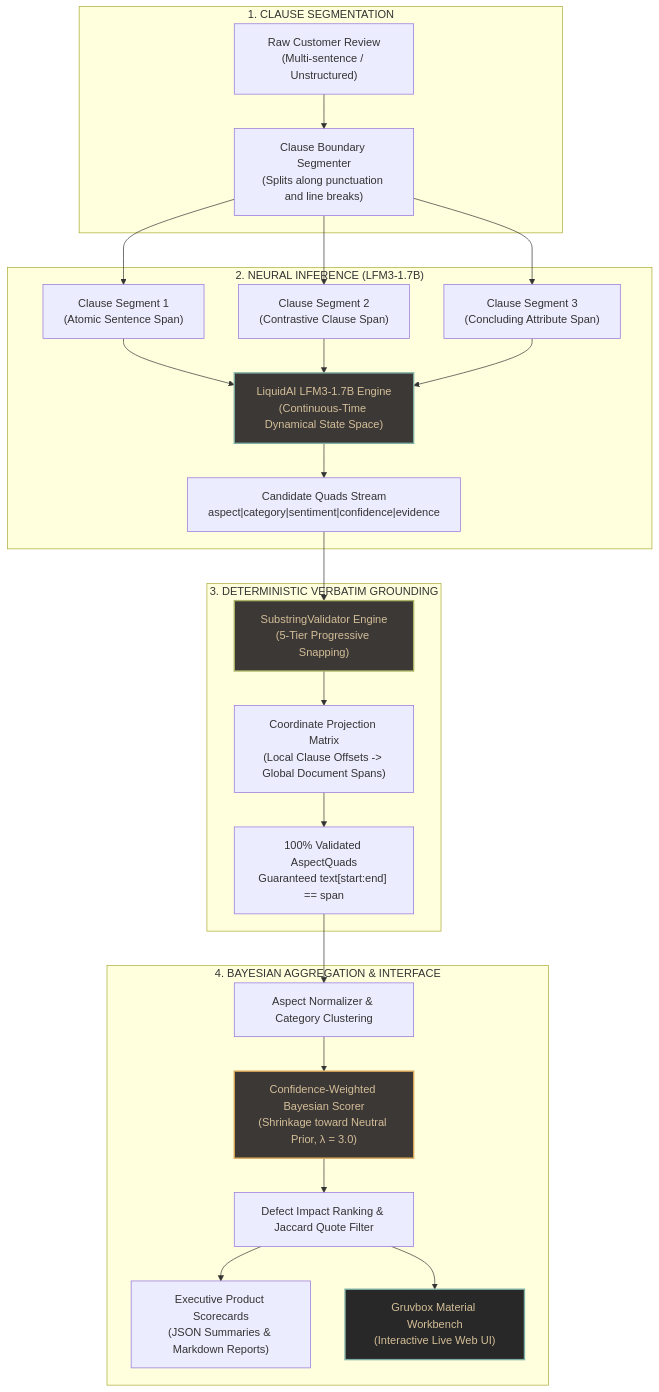
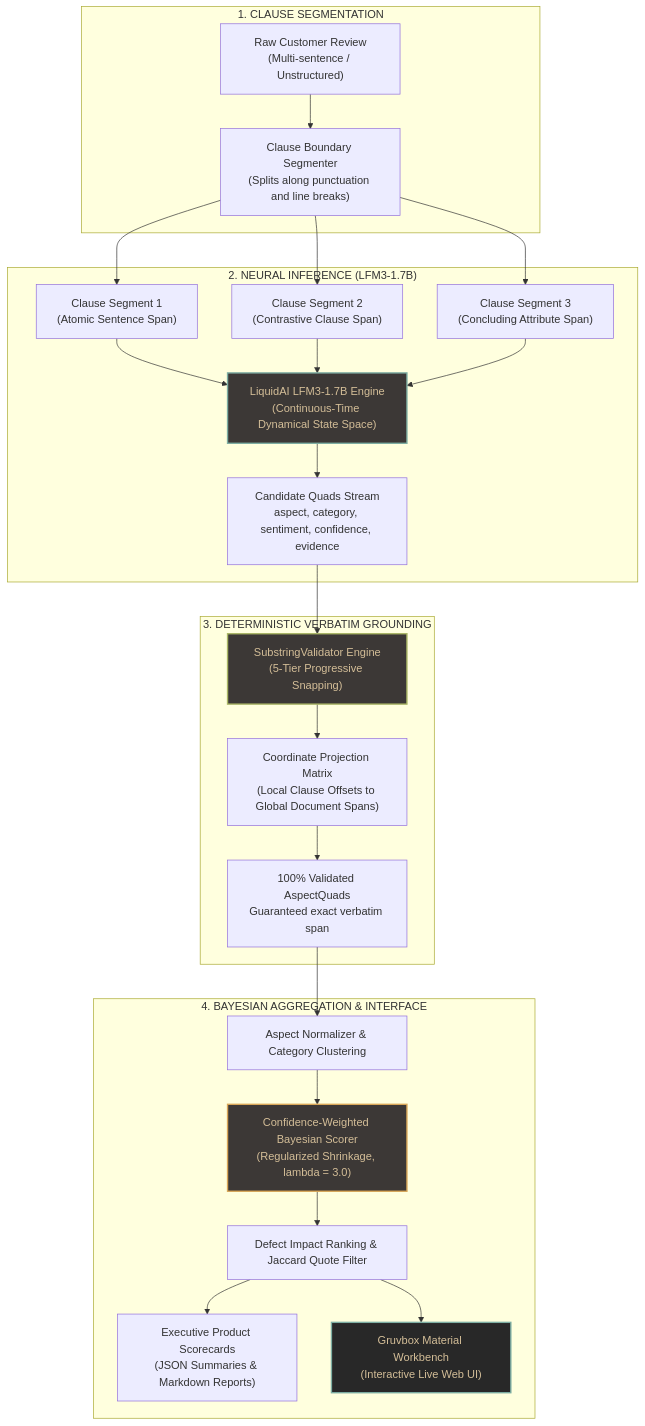
The diagram in README.md (parth-sarthi-code/ProductLens-Sentiment), drawn with Mermaid before and after one commit. The commit also changed 1 other file, not shown here.

Commit message:
fix(docs): overhaul all Mermaid diagrams for full GitHub rendering compatibility

````diff
--- a/README.md
+++ b/README.md
@@ -51,39 +51,39 @@
 ```mermaid
 flowchart TD
     subgraph S1 ["1. CLAUSE SEGMENTATION"]
-        RAW["Raw Customer Review\n(Multi-sentence / Unstructured)"]
-        SPLIT["Clause Boundary Segmenter\n(Splits along punctuation and line breaks)"]
+        RAW["Raw Customer Review<br/>(Multi-sentence / Unstructured)"]
+        SPLIT["Clause Boundary Segmenter<br/>(Splits along punctuation and line breaks)"]
         RAW --> SPLIT
     end
 
     subgraph S2 ["2. NEURAL INFERENCE (LFM3-1.7B)"]
-        SPLIT --> C1["Clause Segment 1\n(Atomic Sentence Span)"]
-        SPLIT --> C2["Clause Segment 2\n(Contrastive Clause Span)"]
-        SPLIT --> C3["Clause Segment 3\n(Concluding Attribute Span)"]
+        SPLIT --> C1["Clause Segment 1<br/>(Atomic Sentence Span)"]
+        SPLIT --> C2["Clause Segment 2<br/>(Contrastive Clause Span)"]
+        SPLIT --> C3["Clause Segment 3<br/>(Concluding Attribute Span)"]
         
-        C1 --> LFM["LiquidAI LFM3-1.7B Engine\n(Continuous-Time Dynamical State Space)"]
+        C1 --> LFM["LiquidAI LFM3-1.7B Engine<br/>(Continuous-Time Dynamical State Space)"]
         C2 --> LFM
         C3 --> LFM
         
-        LFM --> TOK["Candidate Quads Stream\naspect|category|sentiment|confidence|evidence"]
+        LFM --> TOK["Candidate Quads Stream<br/>aspect, category, sentiment, confidence, evidence"]
     end
 
     subgraph S3 ["3. DETERMINISTIC VERBATIM GROUNDING"]
-        TOK --> VAL["SubstringValidator Engine\n(5-Tier Progressive Snapping)"]
-        VAL --> PROJ["Coordinate Projection Matrix\n(Local Clause Offsets -> Global Document Spans)"]
-        PROJ --> VERIF["100% Validated AspectQuads\nGuaranteed text[start:end] == span"]
+        TOK --> VAL["SubstringValidator Engine<br/>(5-Tier Progressive Snapping)"]
+        VAL --> PROJ["Coordinate Projection Matrix<br/>(Local Clause Offsets to Global Document Spans)"]
+        PROJ --> VERIF["100% Validated AspectQuads<br/>Guaranteed exact verbatim span"]
     end
 
     subgraph S4 ["4. BAYESIAN AGGREGATION & INTERFACE"]
         VERIF --> NORM["Aspect Normalizer & Category Clustering"]
-        NORM --> BAYES["Confidence-Weighted Bayesian Scorer\n(Shrinkage toward Neutral Prior, λ = 3.0)"]
+        NORM --> BAYES["Confidence-Weighted Bayesian Scorer<br/>(Regularized Shrinkage, lambda = 3.0)"]
         BAYES --> RANK["Defect Impact Ranking & Jaccard Quote Filter"]
-        RANK --> REP["Executive Product Scorecards\n(JSON Summaries & Markdown Reports)"]
-        RANK --> UI["Gruvbox Material Workbench\n(Interactive Live Web UI)"]
+        RANK --> REP["Executive Product Scorecards<br/>(JSON Summaries & Markdown Reports)"]
+        RANK --> UI["Gruvbox Material Workbench<br/>(Interactive Live Web UI)"]
     end
 
     style LFM fill:#3c3836,stroke:#7daea3,stroke-width:2px,color:#d4be98
     style VAL fill:#3c3836,stroke:#a9b665,stroke-width:2px,color:#d4be98
     style BAYES fill:#3c3836,stroke:#d8a657,stroke-width:2px,color:#d4be98
     style UI fill:#282828,stroke:#7daea3,stroke-width:2px,color:#d4be98
 ```
````
